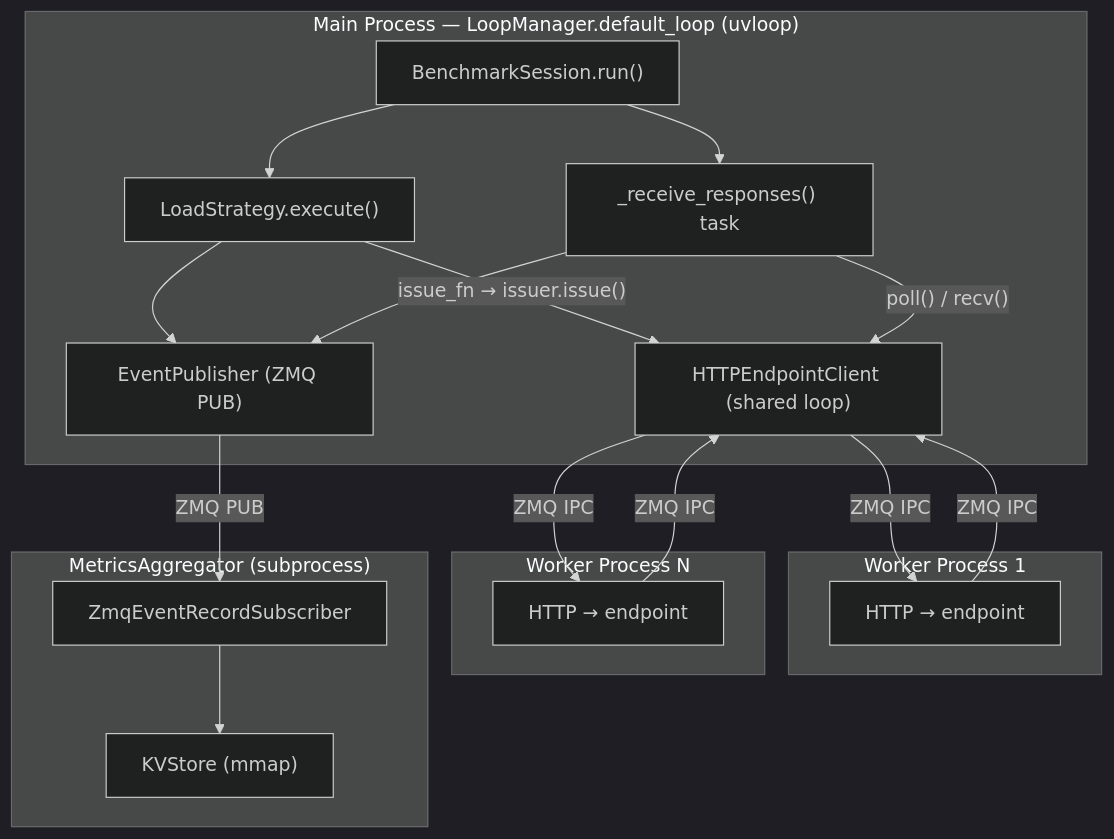
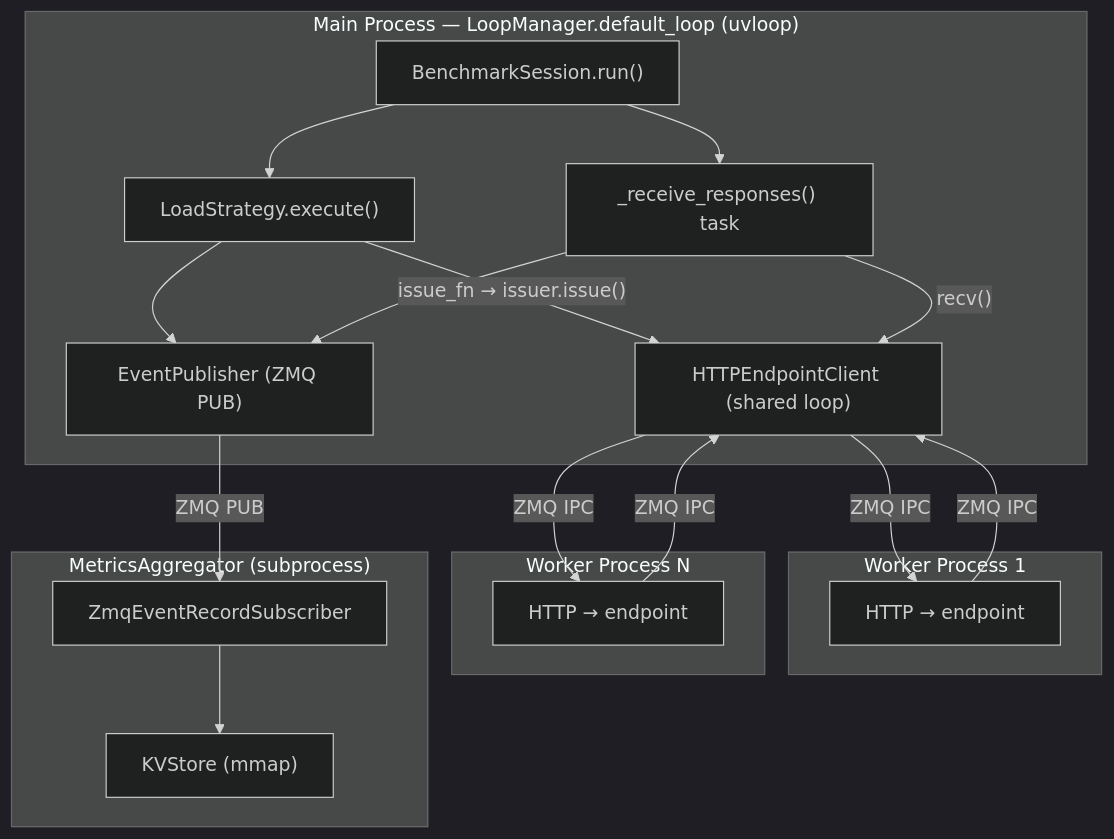
The fourth of 5 diagrams in docs/load_generator/DESIGN.md (mlcommons/endpoints), drawn with Mermaid (dark theme) before and after one commit. The commit also changed other lines of this file and 13 other files, not shown here.

````diff
--- a/docs/load_generator/DESIGN.md
+++ b/docs/load_generator/DESIGN.md
@@ -590,35 +598,35 @@
 ```mermaid
 graph TD
     subgraph "Main Process — LoopManager.default_loop (uvloop)"
         A["BenchmarkSession.run()"]
         B["LoadStrategy.execute()"]
         C["_receive_responses() task"]
         D["EventPublisher (ZMQ PUB)"]
         E["HTTPEndpointClient (shared loop)"]
 
         A --> B
         A --> C
         B -->|"issue_fn → issuer.issue()"| E
-        C -->|"poll() / recv()"| E
+        C -->|"recv()"| E
         B --> D
         C --> D
     end
 
     subgraph "Worker Process 1"
         W1["HTTP → endpoint"]
     end
     subgraph "Worker Process N"
         WN["HTTP → endpoint"]
     end
     subgraph "MetricsAggregator (subprocess)"
         MA["ZmqEventRecordSubscriber"]
         KB["KVStore (mmap)"]
         MA --> KB
     end
 
     E -->|"ZMQ IPC"| W1
     E -->|"ZMQ IPC"| WN
     W1 -->|"ZMQ IPC"| E
     WN -->|"ZMQ IPC"| E
     D -->|"ZMQ PUB"| MA
 ```
````
